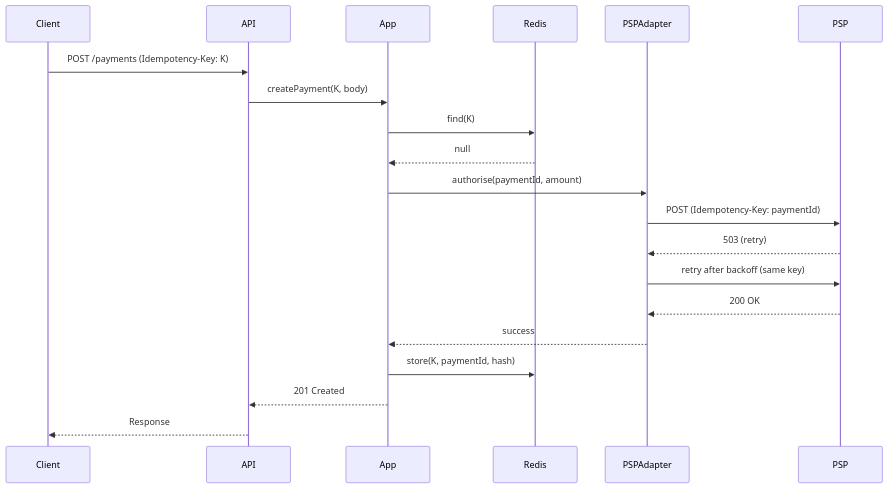
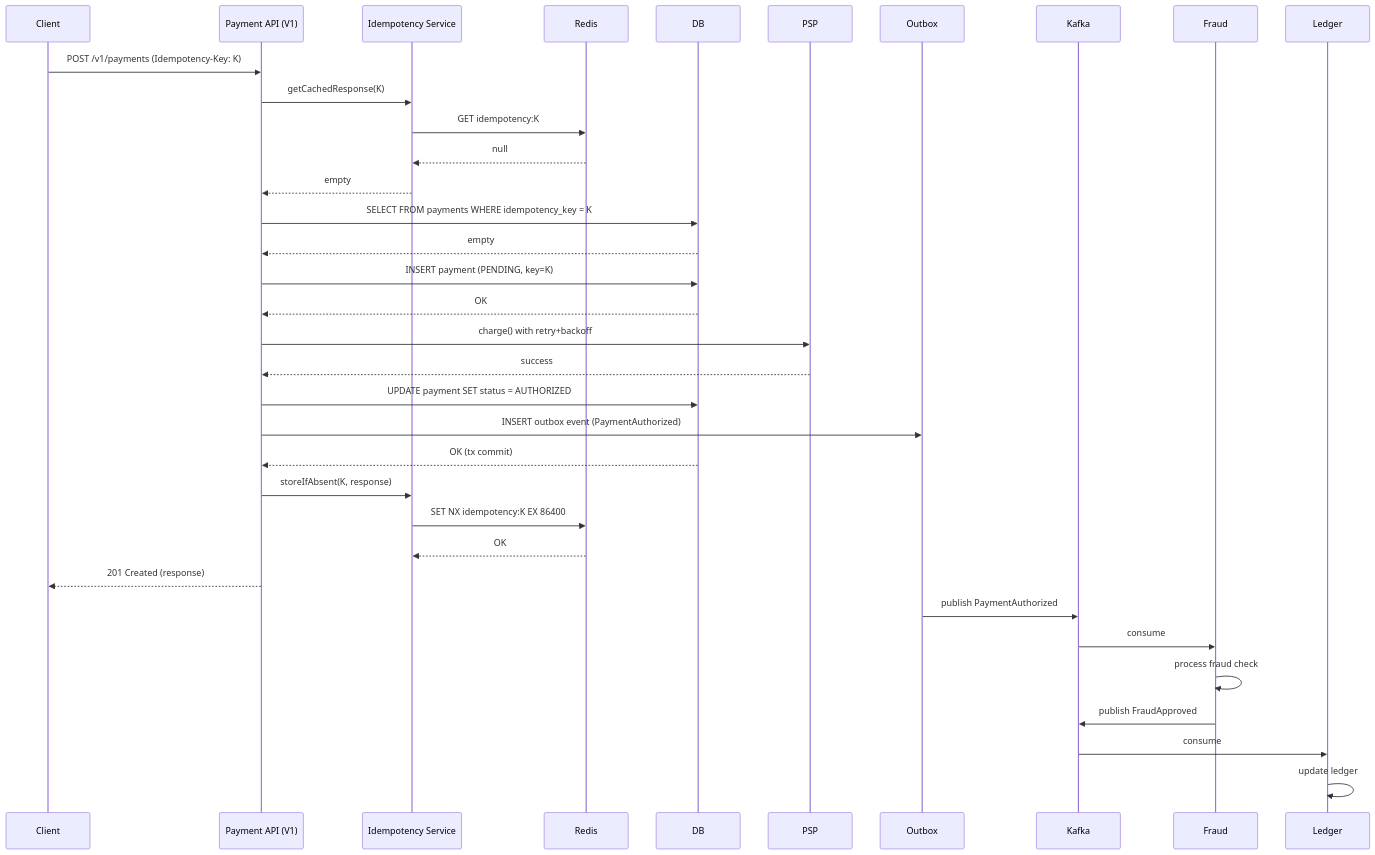
Before and after one commit to abhinandanchivate/Final_LTI_EE: diagram 13 of 13 in microservices/final/day1.md, drawn with Mermaid. The commit also changed other lines of this file, not shown here.

````diff
--- a/microservices/final/day1.md
+++ b/microservices/final/day1.md
@@ -1159,23 +1468,45 @@
 ```mermaid
 sequenceDiagram
     participant Client
-    participant API
-    participant App
+    participant API as Payment API (V1)
+    participant Idem as Idempotency Service
     participant Redis
-    participant PSPAdapter
+    participant DB
     participant PSP
+    participant Outbox
+    participant Kafka
+    participant Fraud
+    participant Ledger
 
-    Client->>API: POST /payments (Idempotency-Key: K)
-    API->>App: createPayment(K, body)
-    App->>Redis: find(K)
-    Redis-->>App: null
-    App->>PSPAdapter: authorise(paymentId, amount)
-    PSPAdapter->>PSP: POST (Idempotency-Key: paymentId)
-    PSP-->>PSPAdapter: 503 (retry)
-    PSPAdapter->>PSP: retry after backoff (same key)
-    PSP-->>PSPAdapter: 200 OK
-    PSPAdapter-->>App: success
-    App->>Redis: store(K, paymentId, hash)
-    App-->>API: 201 Created
-    API-->>Client: Response
+    Client->>API: POST /v1/payments (Idempotency-Key: K)
+    API->>Idem: getCachedResponse(K)
+    Idem->>Redis: GET idempotency:K
+    Redis-->>Idem: null
+    Idem-->>API: empty
+
+    API->>DB: SELECT FROM payments WHERE idempotency_key = K
+    DB-->>API: empty
+
+    API->>DB: INSERT payment (PENDING, key=K)
+    DB-->>API: OK
+
+    API->>PSP: charge() with retry+backoff
+    PSP-->>API: success
+
+    API->>DB: UPDATE payment SET status = AUTHORIZED
+    API->>Outbox: INSERT outbox event (PaymentAuthorized)
+    DB-->>API: OK (tx commit)
+
+    API->>Idem: storeIfAbsent(K, response)
+    Idem->>Redis: SET NX idempotency:K EX 86400
+    Redis-->>Idem: OK
+
+    API-->>Client: 201 Created (response)
+
+    Outbox->>Kafka: publish PaymentAuthorized
+    Kafka->>Fraud: consume
+    Fraud->>Fraud: process fraud check
+    Fraud->>Kafka: publish FraudApproved
+    Kafka->>Ledger: consume
+    Ledger->>Ledger: update ledger
 ```
````
